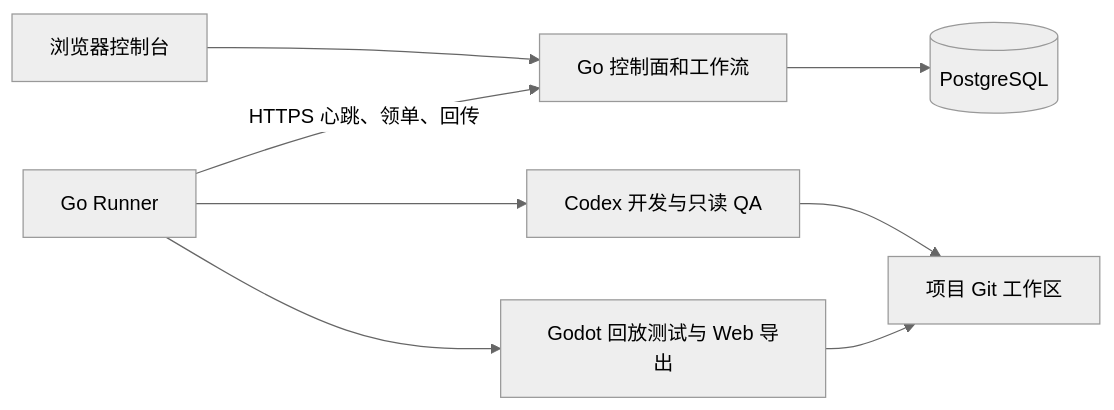
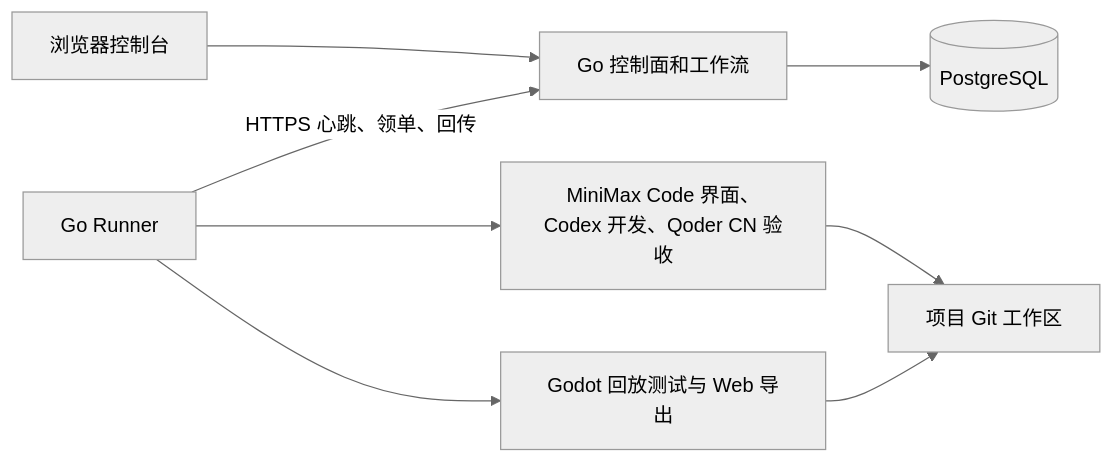
One commit to PhongFeng/Agentrib changed the diagram in README.md. Above: the diagram before and after it, drawn with Mermaid (neutral theme). The commit also changed other lines of this file and 11 other files, not shown here.

````diff
--- a/README.md
+++ b/README.md
@@ -17,10 +17,10 @@
 ```mermaid
 flowchart LR
     Web[浏览器控制台] --> Server[Go 控制面和工作流]
     Server --> Database[(PostgreSQL)]
     Runner[Go Runner] -->|HTTPS 心跳、领单、回传| Server
-    Runner --> Agents[Codex 开发与只读 QA]
+    Runner --> Agents[MiniMax Code 界面、Codex 开发、Qoder CN 验收]
     Runner --> Godot[Godot 回放测试与 Web 导出]
     Agents --> Git[项目 Git 工作区]
     Godot --> Git
 ```
````
